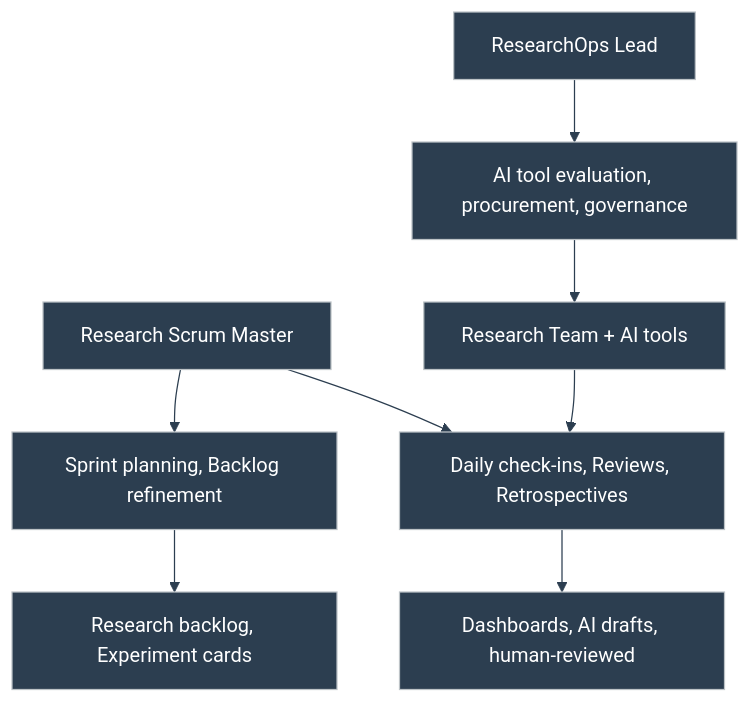
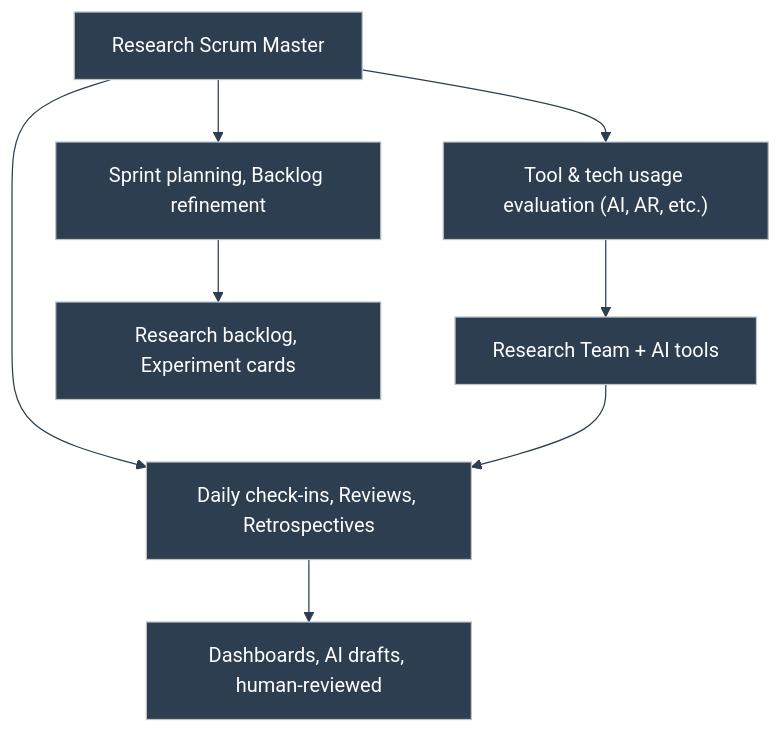
The ninth of 12 diagrams in portfolio/mermaid/diagrams.md (duducm2/my-personal-repo), drawn with Mermaid before and after one commit. The commit also changed other lines of this file, not shown here.

Commit message:
Refine narrative and flowchart in AI and Agile in Research section by consolidating roles and clarifying tool usage evaluation. Update connections to enhance team process representation.

````diff
--- a/portfolio/mermaid/diagrams.md
+++ b/portfolio/mermaid/diagrams.md
@@ -162,19 +162,18 @@
 ```mermaid
 %%{init: {'theme': 'base', 'themeVariables': { 'primaryColor': '#2c3e50', 'primaryTextColor': '#fff', 'primaryBorderColor': '#bdc3c7', 'lineColor': '#2c3e50', 'fontFamily': 'Lato', 'subgraphBg': 'transparent', 'subgraphBorder': '#bdc3c7'}}}%%
 flowchart TD
   RSM["Research Scrum Master"]
-  ROL["ResearchOps Lead"]
   RT["Research Team + AI tools"]
   C1["Sprint planning, Backlog refinement"]
   C2["Daily check-ins, Reviews, Retrospectives"]
-  C3["AI tool evaluation, procurement, governance"]
+  C3["Tool & tech usage evaluation (AI, AR, etc.)"]
   A1["Research backlog, Experiment cards"]
   A2["Dashboards, AI drafts, human-reviewed"]
   RSM --> C1
   RSM --> C2
-  ROL --> C3
+  RSM --> C3
   C3 --> RT
   RT --> C2
   C1 --> A1
   C2 --> A2
 ```
````
